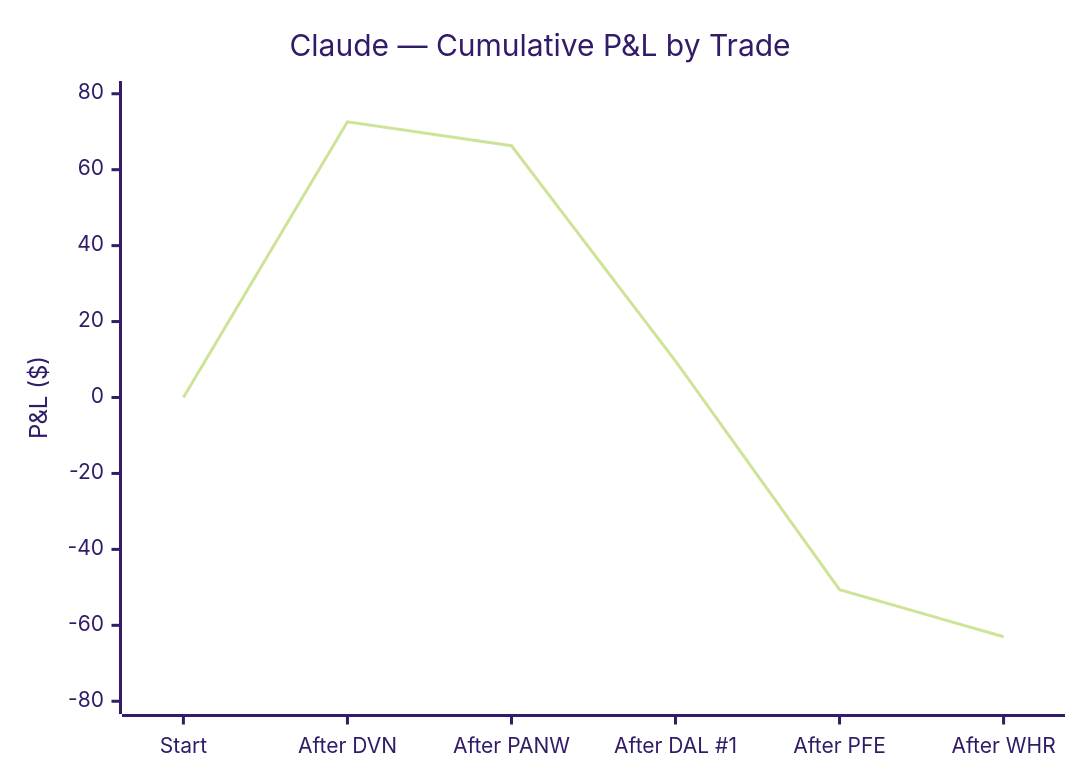
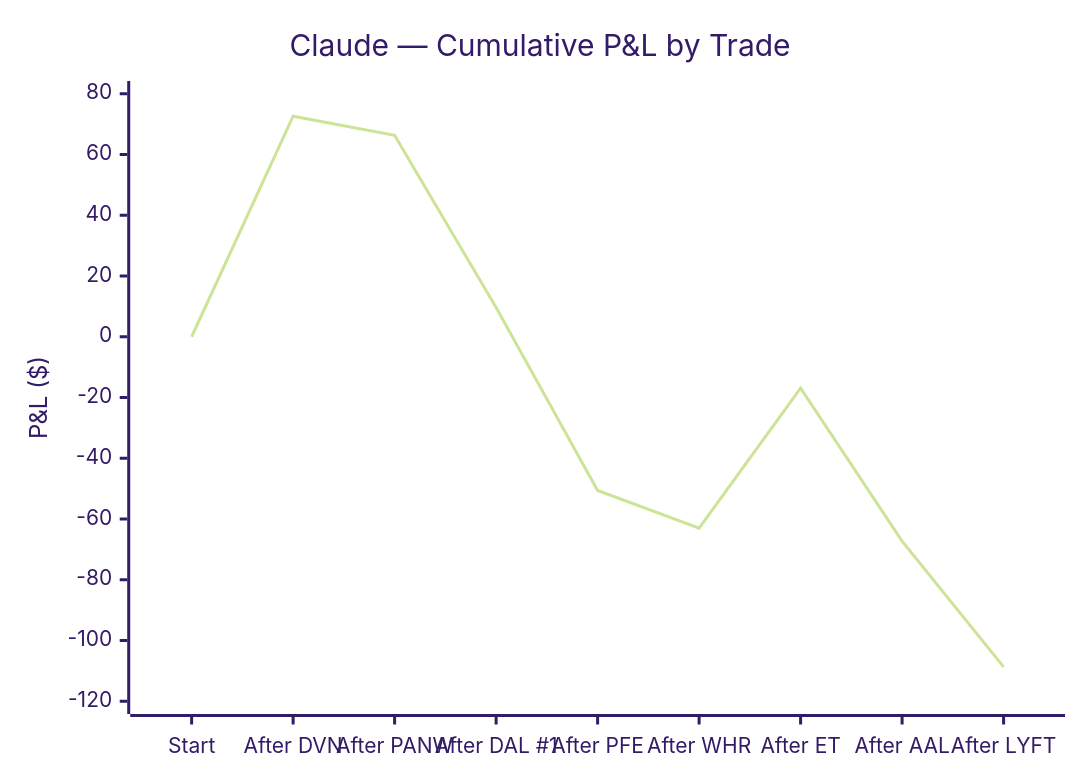
The first of 5 diagrams in README.md (zachisit/ai-auto-buy-thesis), drawn with Mermaid (forest theme) before and after one commit. The commit also changed other lines of this file and 2 other files, not shown here.

Commit message:
Add 04-30 sessions; update README — ET day 8 WIN $19.82 (+$46.11), AAL/LYFT stopped 4/29, Claude 8 trades 2W/6L -$108.70; new rules: limit sells at target, 1.5 ATR stops, no airlines above $90 oil; DeepSeek DVN-002 day 6 HOLD

````diff
--- a/README.md
+++ b/README.md
@@ -31,7 +31,7 @@
 ```mermaid
 xychart-beta
     title "Claude — Cumulative P&L by Trade"
-    x-axis ["Start", "After DVN", "After PANW", "After DAL #1", "After PFE", "After WHR"]
-    y-axis "P&L ($)" -80 --> 80
-    line [0, 72.60, 66.30, 9.60, -50.60, -63.01]
+    x-axis ["Start", "After DVN", "After PANW", "After DAL #1", "After PFE", "After WHR", "After ET", "After AAL", "After LYFT"]
+    y-axis "P&L ($)" -120 --> 80
+    line [0, 72.60, 66.30, 9.60, -50.60, -63.01, -16.90, -67.30, -108.70]
 ```
````
